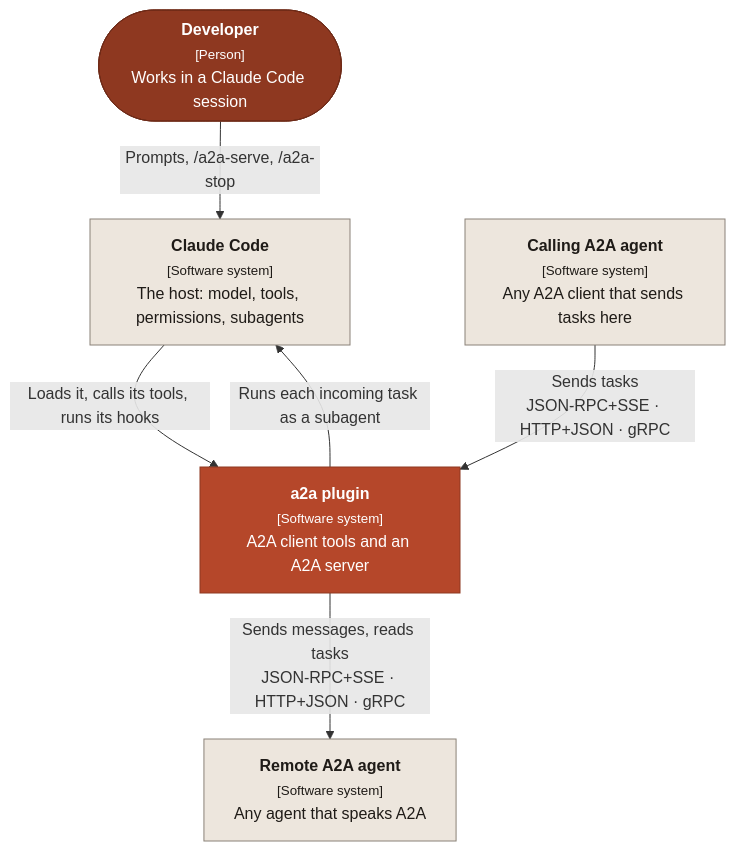
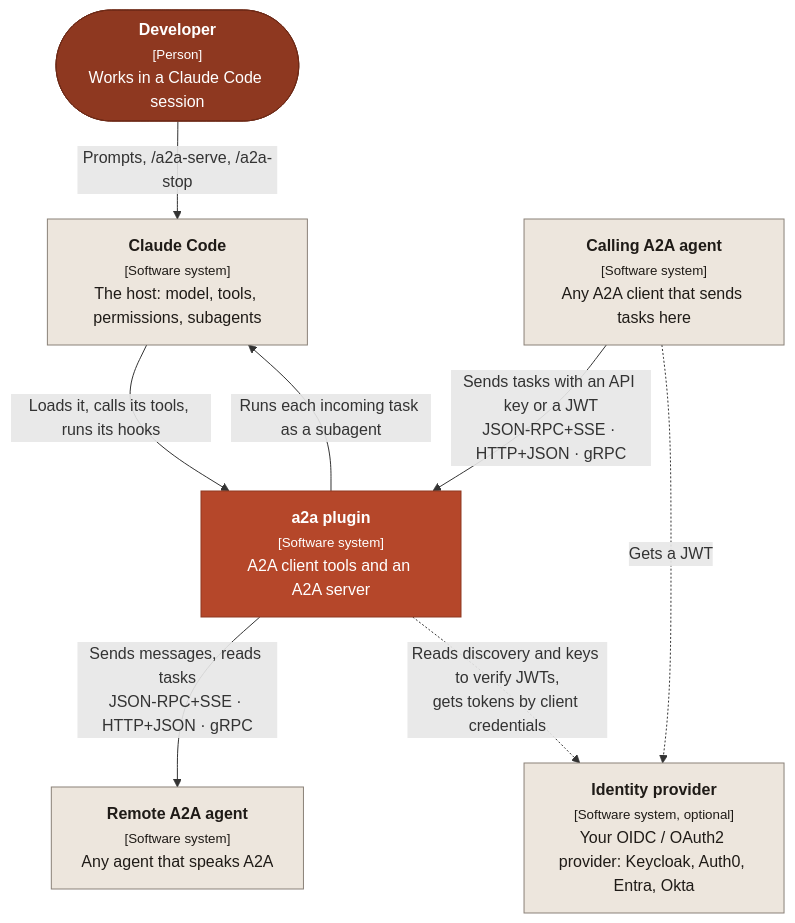
The first of 6 diagrams in docs/architecture.md (fulgas/claude-a2a), drawn with Mermaid before and after one commit. The commit also changed other lines of this file, not shown here.

First line of the commit message:
docs(architecture): authentication and limits in the diagrams, decisions, risks and glossary

````diff
--- a/docs/architecture.md
+++ b/docs/architecture.md
@@ -30,20 +30,23 @@
 ```mermaid
 flowchart TB
   user(["<b>Developer</b><br/><small>[Person]</small><br/>Works in a Claude Code session"])
   claude["<b>Claude Code</b><br/><small>[Software system]</small><br/>The host: model, tools, permissions, subagents"]
   plugin["<b>a2a plugin</b><br/><small>[Software system]</small><br/>A2A client tools and an A2A server"]
   remote["<b>Remote A2A agent</b><br/><small>[Software system]</small><br/>Any agent that speaks A2A"]
   caller["<b>Calling A2A agent</b><br/><small>[Software system]</small><br/>Any A2A client that sends tasks here"]
+  idp["<b>Identity provider</b><br/><small>[Software system, optional]</small><br/>Your OIDC / OAuth2 provider: Keycloak, Auth0, Entra, Okta"]
   user -- "Prompts, /a2a-serve, /a2a-stop" --> claude
   claude -- "Loads it, calls its tools, runs its hooks" --> plugin
   plugin -- "Runs each incoming task as a subagent" --> claude
   plugin -- "Sends messages, reads tasks<br/>JSON-RPC+SSE · HTTP+JSON · gRPC" --> remote
-  caller -- "Sends tasks<br/>JSON-RPC+SSE · HTTP+JSON · gRPC" --> plugin
+  caller -- "Sends tasks with an API key or a JWT<br/>JSON-RPC+SSE · HTTP+JSON · gRPC" --> plugin
+  caller -. "Gets a JWT" .-> idp
+  plugin -. "Reads discovery and keys to verify JWTs,<br/>gets tokens by client credentials" .-> idp
   classDef person fill:#8E3820,stroke:#6E2A17,color:#fff
   classDef system fill:#B5472A,stroke:#8E3820,color:#fff
   classDef container fill:#F6E4DC,stroke:#B5472A,color:#1F1B17
   classDef external fill:#EDE6DD,stroke:#8A8178,color:#1F1B17
   class user person
   class plugin system
-  class claude,remote,caller external
+  class claude,remote,caller,idp external
 ```
````
